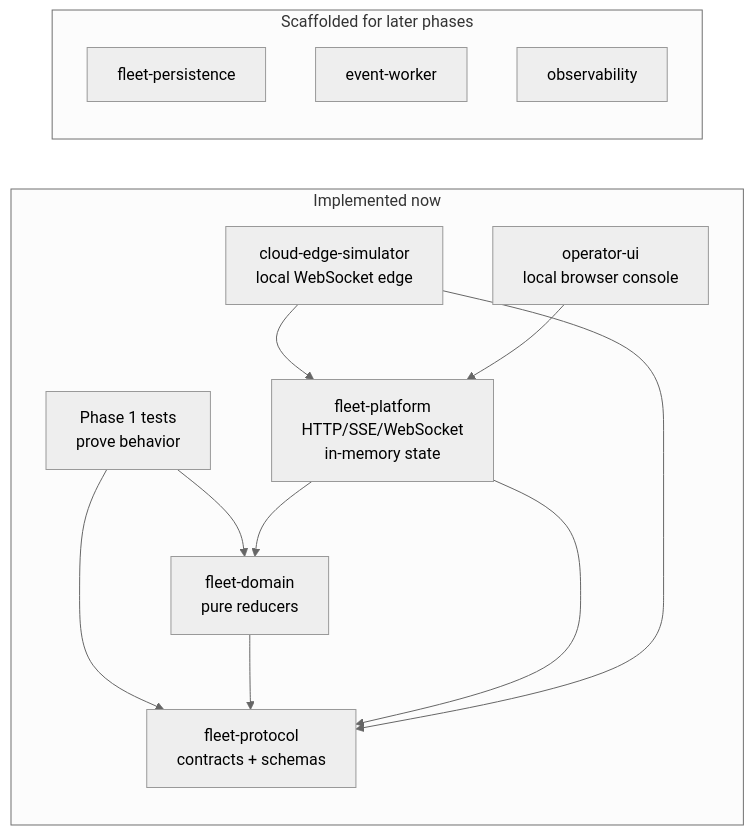
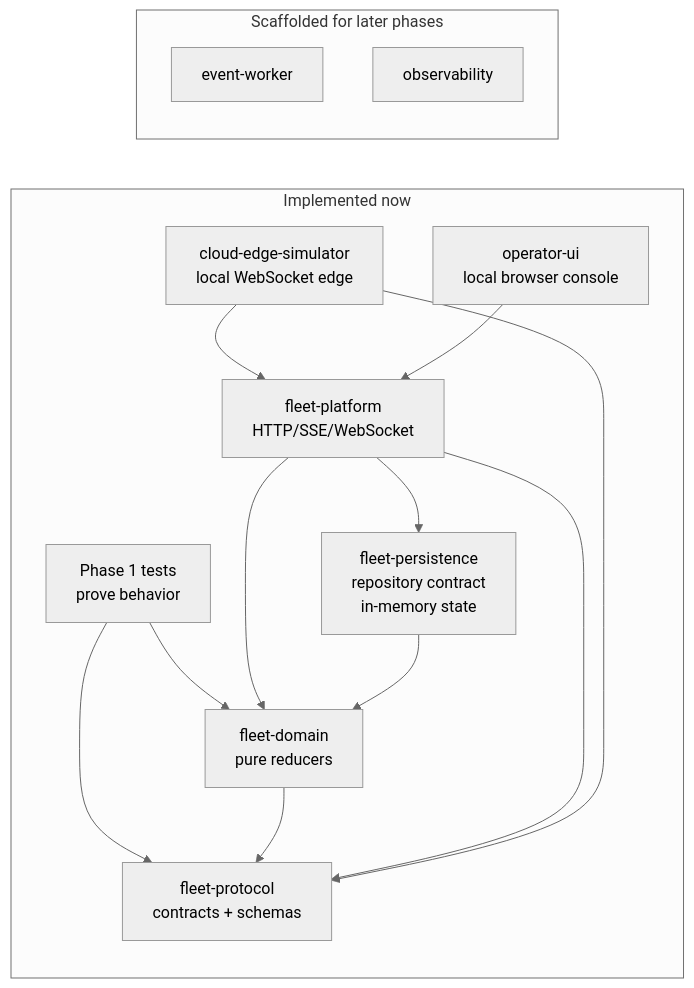
Before and after one commit to reinhard-z/RoboOps-Control-Plane: the first of 4 diagrams in docs/architecture/current-architecture.md, drawn with Mermaid (neutral theme). The commit also changed other lines of this file and 10 other files, not shown here.

Commit message:
Introduce fleet persistence repository boundary

````diff
--- a/docs/architecture/current-architecture.md
+++ b/docs/architecture/current-architecture.md
@@ -34,25 +36,27 @@
 ```mermaid
 flowchart LR
   subgraph Implemented["Implemented now"]
     Tests["Phase 1 tests<br/>prove behavior"]
     Domain["fleet-domain<br/>pure reducers"]
     Protocol["fleet-protocol<br/>contracts + schemas"]
-    Api["fleet-platform<br/>HTTP/SSE/WebSocket<br/>in-memory state"]
+    Api["fleet-platform<br/>HTTP/SSE/WebSocket"]
+    Persistence["fleet-persistence<br/>repository contract<br/>in-memory state"]
     Simulator["cloud-edge-simulator<br/>local WebSocket edge"]
     UI["operator-ui<br/>local browser console"]
     Tests --> Domain
     Tests --> Protocol
     Domain --> Protocol
+    Api --> Persistence
     Api --> Domain
+    Persistence --> Domain
     Api --> Protocol
     Simulator --> Protocol
     Simulator --> Api
     UI --> Api
   end
 
   subgraph Placeholders["Scaffolded for later phases"]
-    Persistence["fleet-persistence"]
     Worker["event-worker"]
     Observability["observability"]
   end
 ```
````
